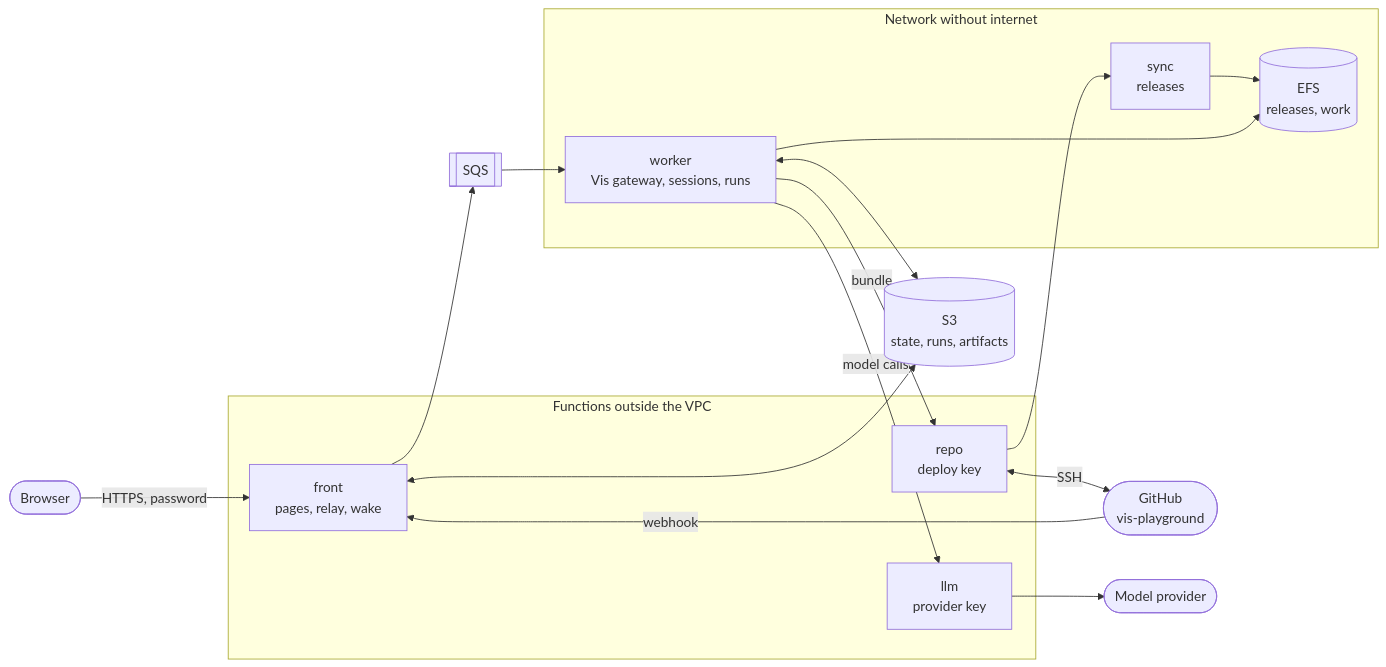
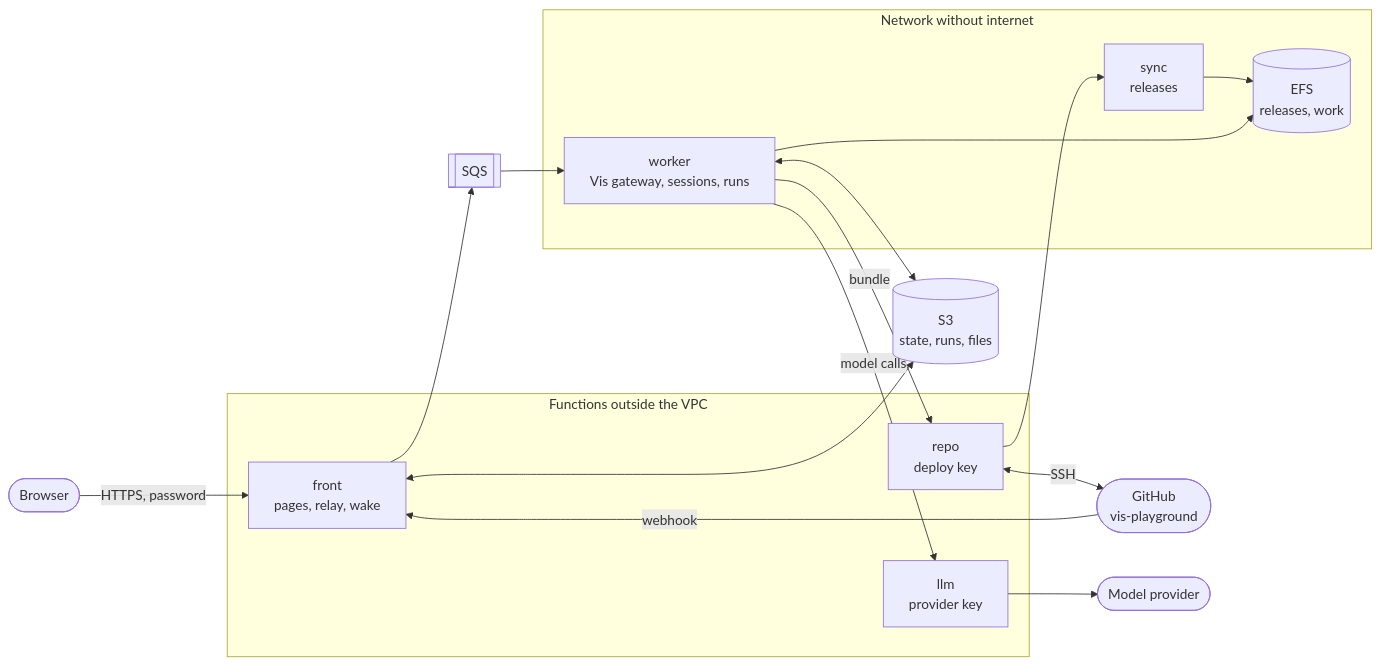
One commit to Blockether/vis changed the diagram in examples/aws-playground/README.md. Above: the diagram before and after it, drawn with Mermaid. The commit also changed other lines of this file and 21 other files, not shown here.

````diff
--- a/examples/aws-playground/README.md
+++ b/examples/aws-playground/README.md
@@ -24,24 +24,24 @@
 ```mermaid
 flowchart LR
   browser([Browser]) -->|HTTPS, password| front
   github([GitHub<br>vis-playground]) -->|webhook| front
   subgraph public [Functions outside the VPC]
     front[front<br>pages, relay, wake]
     llm[llm<br>provider key]
     repo[repo<br>deploy key]
   end
   subgraph private [Network without internet]
     worker[worker<br>Vis gateway, sessions, runs]
     sync[sync<br>releases]
     efs[(EFS<br>releases, work)]
   end
-  s3[(S3<br>state, runs, artifacts)]
+  s3[(S3<br>state, runs, files)]
   queue[[SQS]]
   front --> queue --> worker
   worker <--> s3
   front <--> s3
   worker -->|model calls| llm --> provider([Model provider])
   worker -->|bundle| repo <-->|SSH| github
   repo --> sync --> efs
   worker --> efs
 ```
````
